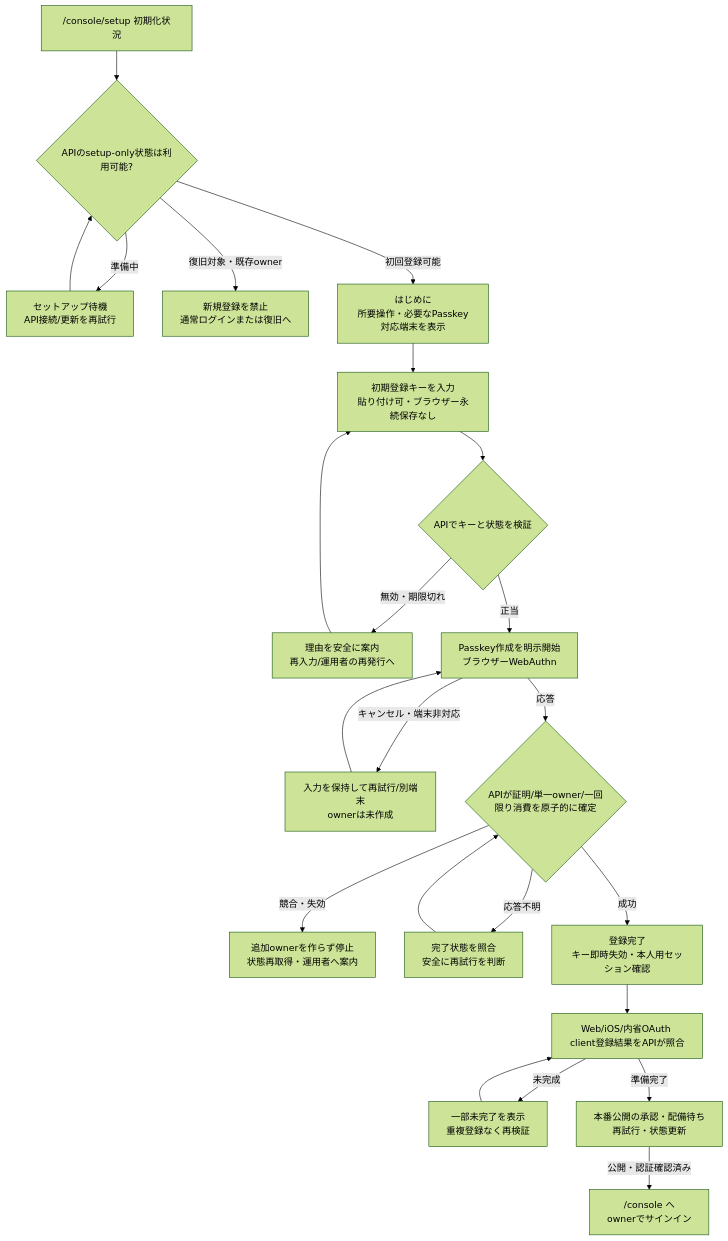
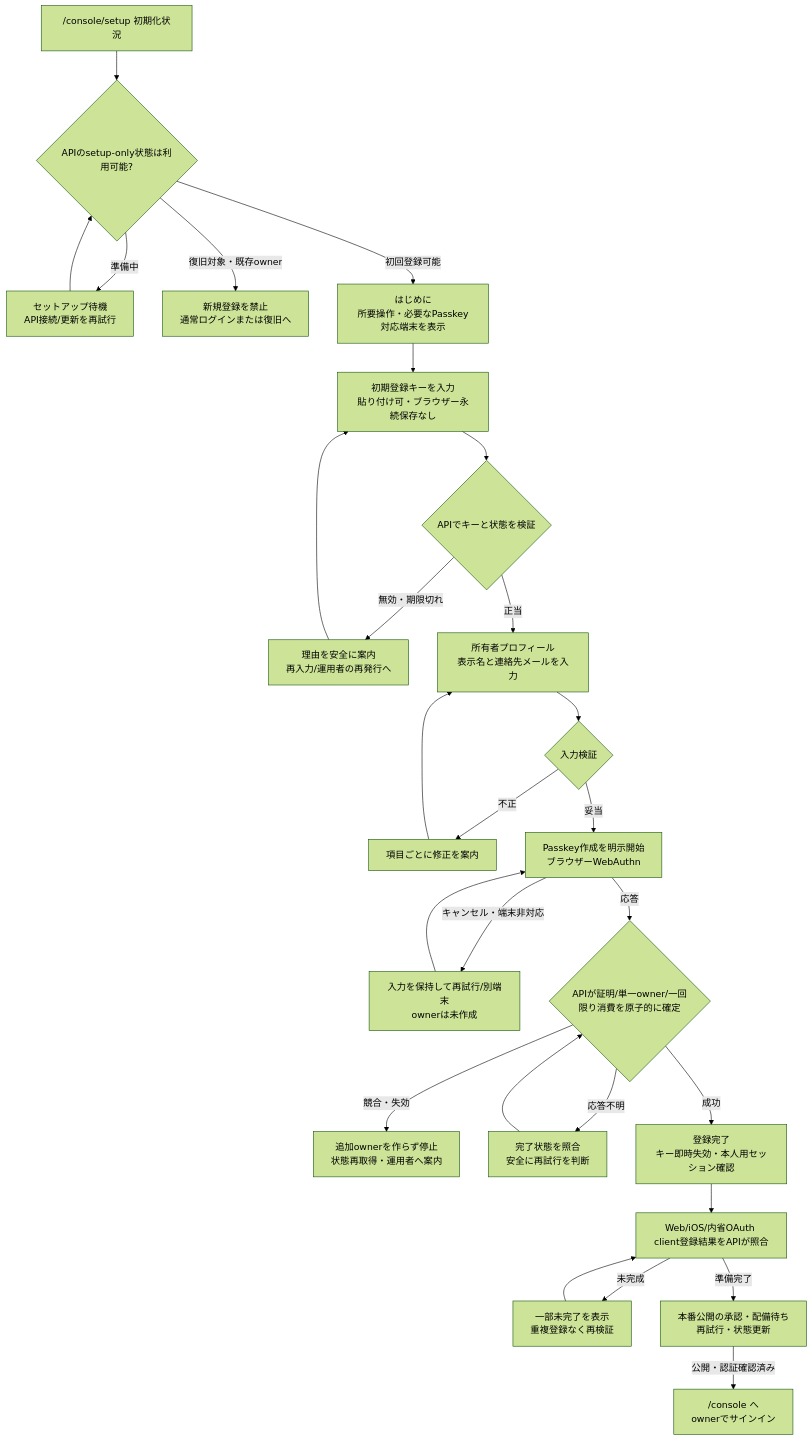
Before and after one commit to yohn-jp/codexia: the fifth of 5 diagrams in docs/design/ADMIN-SCREEN-FLOW.md, drawn with Mermaid (forest theme). The commit also changed other lines of this file, not shown here.

Commit message:
docs: include owner profile fields before first Passkey ceremony

````diff
--- a/docs/design/ADMIN-SCREEN-FLOW.md
+++ b/docs/design/ADMIN-SCREEN-FLOW.md
@@ -149,25 +149,29 @@
 ```mermaid
 flowchart TD
     OPEN["/console/setup 初期化状況"] --> READY{"APIのsetup-only状態は利用可能?"}
     READY -->|準備中| PREP["セットアップ待機<br/>API接続/更新を再試行"]
     PREP --> READY
     READY -->|復旧対象・既存owner| NOTNEW["新規登録を禁止<br/>通常ログインまたは復旧へ"]
     READY -->|初回登録可能| INTRO["はじめに<br/>所要操作・必要なPasskey対応端末を表示"]
     INTRO --> KEY["初期登録キーを入力<br/>貼り付け可・ブラウザー永続保存なし"]
     KEY --> VALID{"APIでキーと状態を検証"}
     VALID -->|無効・期限切れ| KEYERROR["理由を安全に案内<br/>再入力/運用者の再発行へ"]
     KEYERROR --> KEY
-    VALID -->|正当| PASS["Passkey作成を明示開始<br/>ブラウザーWebAuthn"]
+    VALID -->|正当| PROFILE["所有者プロフィール<br/>表示名と連絡先メールを入力"]
+    PROFILE --> VALIDPROFILE{"入力検証"}
+    VALIDPROFILE -->|不正| PROFILEERROR["項目ごとに修正を案内"]
+    PROFILEERROR --> PROFILE
+    VALIDPROFILE -->|妥当| PASS["Passkey作成を明示開始<br/>ブラウザーWebAuthn"]
     PASS -->|キャンセル・端末非対応| PASSERR["入力を保持して再試行/別端末<br/>ownerは未作成"]
     PASSERR --> PASS
     PASS -->|応答| COMMIT{"APIが証明/単一owner/一回限り消費を原子的に確定"}
     COMMIT -->|競合・失効| CLOSED["追加ownerを作らず停止<br/>状態再取得・運用者へ案内"]
     COMMIT -->|応答不明| CHECK["完了状態を照合<br/>安全に再試行を判断"]
     CHECK --> COMMIT
     COMMIT -->|成功| SUCCESS["登録完了<br/>キー即時失効・本人用セッション確認"]
     SUCCESS --> CLIENTS["Web/iOS/内省OAuth client登録結果をAPIが照合"]
     CLIENTS -->|未完成| CLIENTERR["一部未完了を表示<br/>重複登録なく再検証"]
     CLIENTERR --> CLIENTS
     CLIENTS -->|準備完了| PENDING["本番公開の承認・配備待ち<br/>再試行・状態更新"]
     PENDING -->|公開・認証確認済み| LOGIN["/console へ<br/>ownerでサインイン"]
 ```
````
